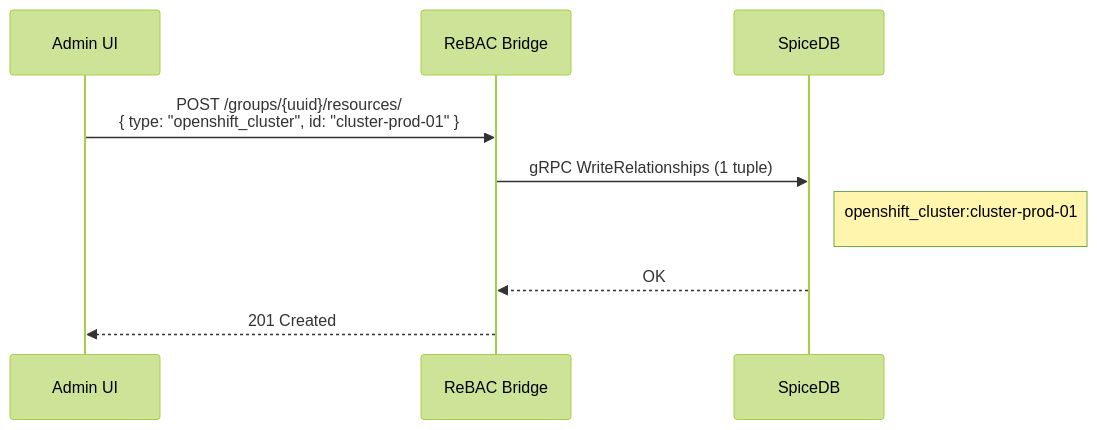
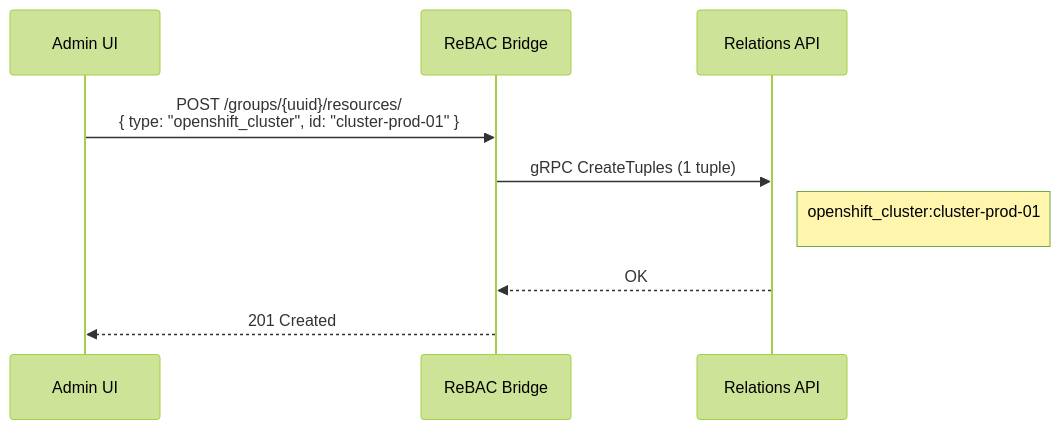
The sixth of 11 diagrams in docs/architecture/kessel-integration/rebac-bridge-design.md (project-koku/koku), drawn with Mermaid (forest theme) before and after one commit. The commit also changed other lines of this file and 1 other file, not shown here.

````diff
--- a/docs/architecture/kessel-integration/rebac-bridge-design.md
+++ b/docs/architecture/kessel-integration/rebac-bridge-design.md
@@ -668,12 +708,12 @@
 ```mermaid
 sequenceDiagram
     participant UI as Admin UI
     participant Bridge as ReBAC Bridge
-    participant DB as SpiceDB
+    participant Relations as Relations API
 
     UI->>Bridge: POST /groups/{uuid}/resources/<br/>{ type: "openshift_cluster", id: "cluster-prod-01" }
-    Bridge->>DB: gRPC WriteRelationships (1 tuple)
-    Note right of DB: openshift_cluster:cluster-prod-01<br/>#t_workspace → workspace:{group_uuid}
-    DB-->>Bridge: OK
+    Bridge->>Relations: gRPC CreateTuples (1 tuple)
+    Note right of Relations: openshift_cluster:cluster-prod-01<br/>#t_workspace → workspace:{group_uuid}
+    Relations-->>Bridge: OK
     Bridge-->>UI: 201 Created
 ```
````
